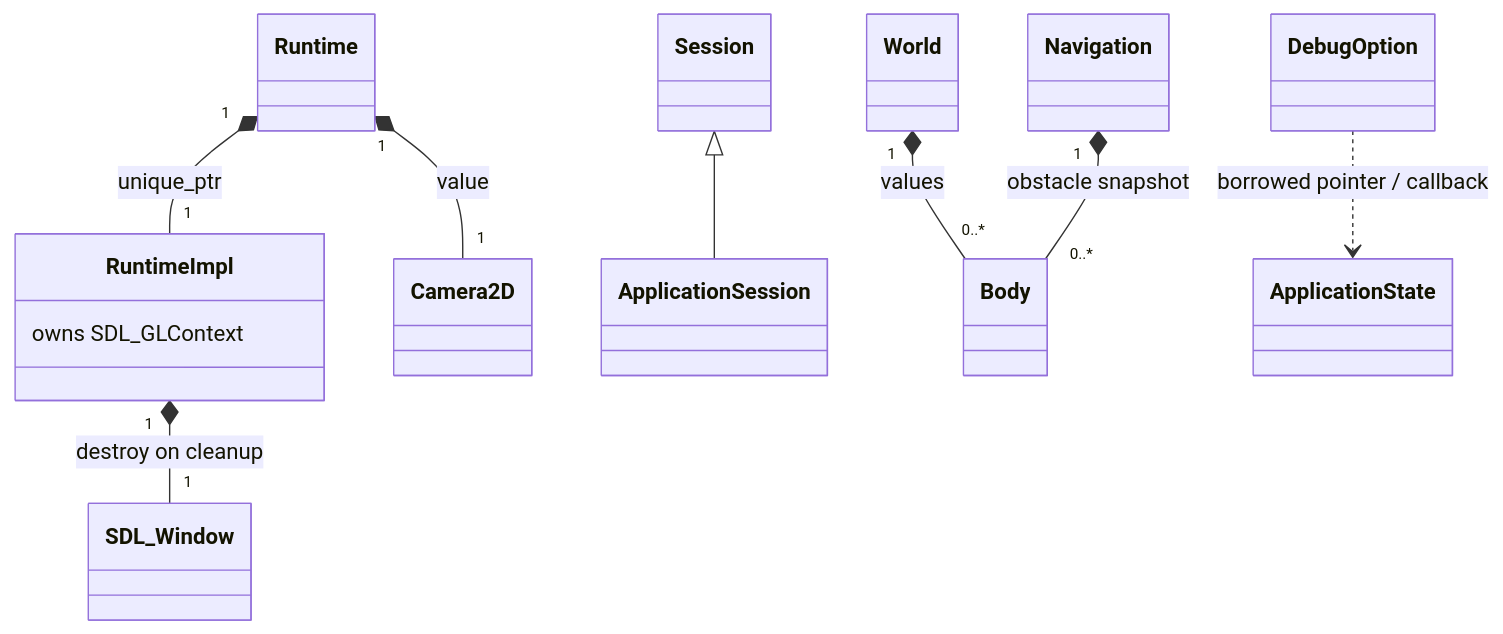
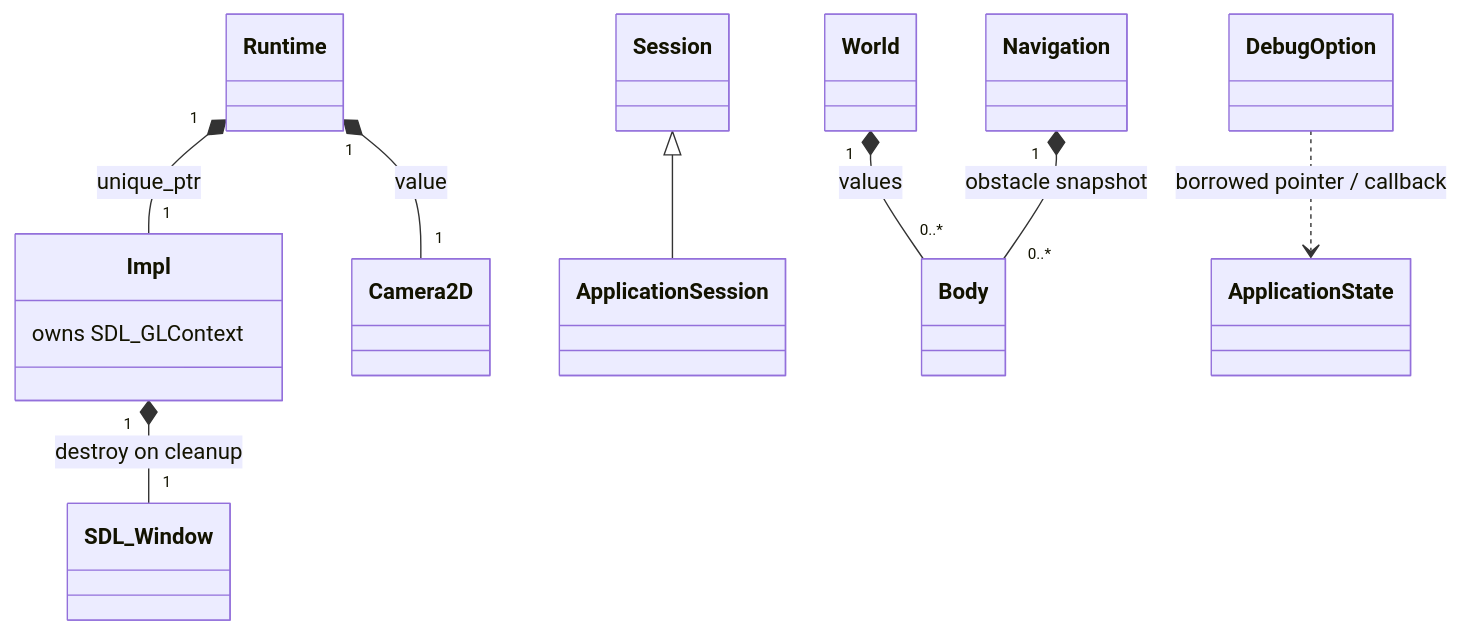
The third of 4 diagrams in docs/architecture.md (SMB-M87/Kinetra), drawn with Mermaid before and after one commit. The commit also changed other lines of this file and 5 other files, not shown here.

````diff
--- a/docs/architecture.md
+++ b/docs/architecture.md
@@ -47,11 +48,11 @@
 ```mermaid
 classDiagram
-    Runtime "1" *-- "1" RuntimeImpl : unique_ptr
+    Runtime "1" *-- "1" Impl : unique_ptr
     Runtime "1" *-- "1" Camera2D : value
-    RuntimeImpl "1" *-- "1" SDL_Window : destroy on cleanup
-    RuntimeImpl : owns SDL_GLContext
+    Impl "1" *-- "1" SDL_Window : destroy on cleanup
+    Impl : owns SDL_GLContext
     Session <|-- ApplicationSession
     World "1" *-- "0..*" Body : values
     Navigation "1" *-- "0..*" Body : obstacle snapshot
     DebugOption ..> ApplicationState : borrowed pointer / callback
 ```
````
